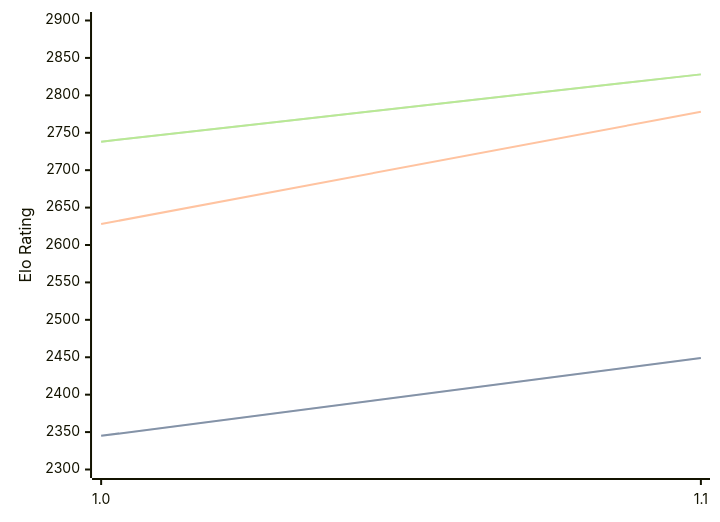
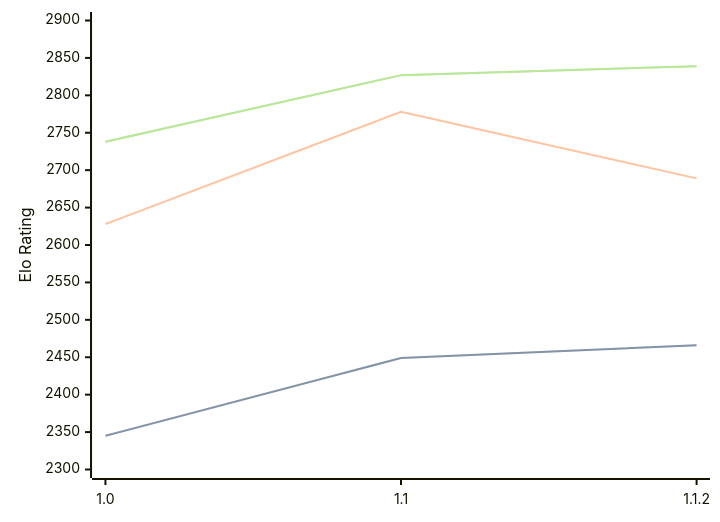
The diagram in engines/Casanchess.md (computer-chess-index/cci), drawn with Mermaid before and after one commit. The commit also changed other lines of this file, not shown here.

Commit message:
Update CCI Ratings (ELO VLTC) - 2026-09-11

````diff
--- a/engines/Casanchess.md
+++ b/engines/Casanchess.md
@@ -33,11 +33,11 @@
 ```mermaid
 %%{init: {"theme":"base","themeVariables":{"seriesColors:['#a3a3a3','#222221','#faa371']}}}%%
 xychart-beta
-  x-axis ["1.0", "1.1"]
+  x-axis ["1.0", "1.1", "1.1.2"]
   y-axis "Elo Rating" 2300 --> 2900
-  line "" [2345, 2449]
-  line "STC (8.0+0.08s)" [2345, 2449]
-  line "LTC (60.0+0.60s)" [2628, 2778]
-  line "" [2738, 2828]
-  line "VLTC (2m24s+1.12s)" [2738, 2828]
+  line "" [2345, 2449, 2466]
+  line "STC (8.0+0.08s)" [2345, 2449, 2466]
+  line "LTC (60.0+0.60s)" [2628, 2778, 2689]
+  line "" [2738, 2827, 2839]
+  line "VLTC (2m24s+1.12s)" [2738, 2827, 2839]
 ```
````
